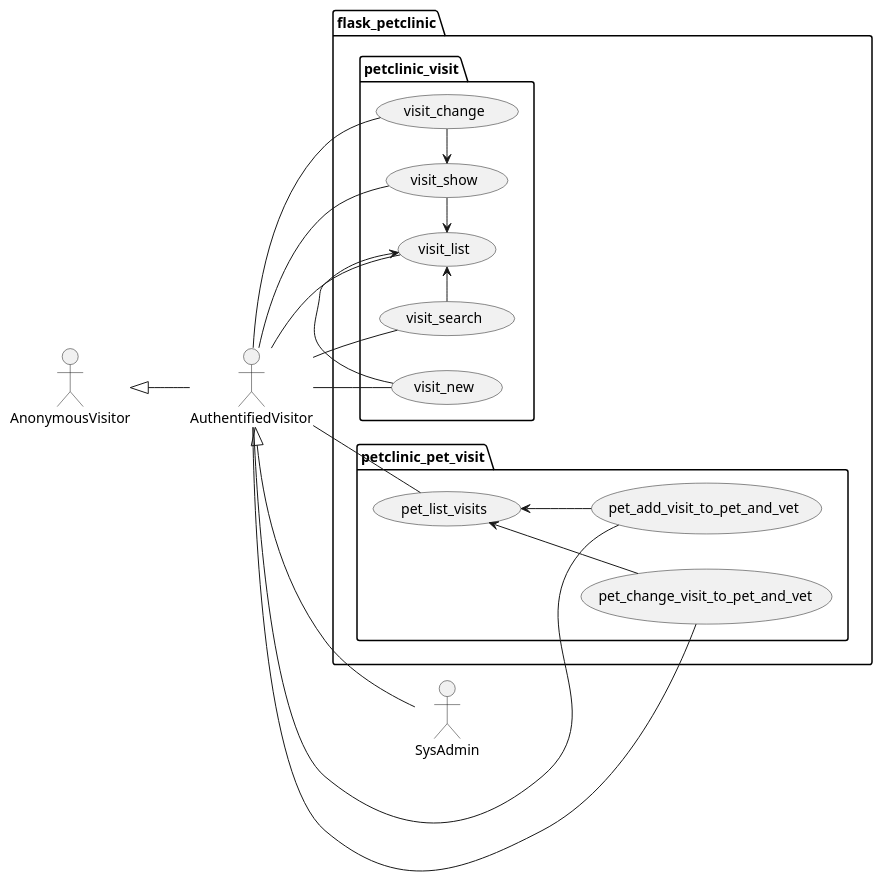
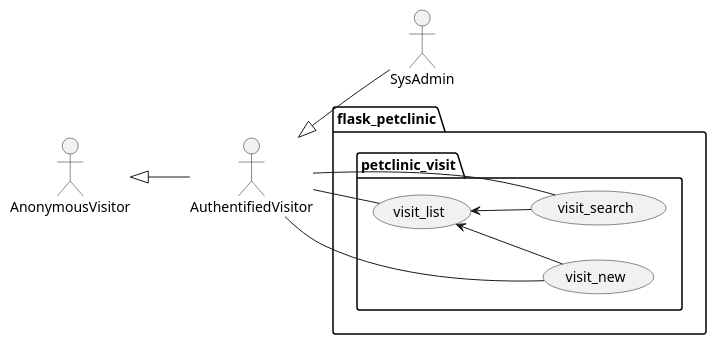
One commit to Jakarta-EE-Petclinic/petclinic_flask changed the diagram in project/petclinic_model/visit/visit.puml. Above: the diagram before and after it, drawn with PlantUML. The commit also changed 1 other file, not shown here.

```diff
--- a/project/petclinic_model/visit/visit.puml
+++ b/project/petclinic_model/visit/visit.puml
@@ -1,48 +1,28 @@
 @startuml
 left to right direction
 
 actor AnonymousVisitor as av
 actor AuthentifiedVisitor as au
 actor SysAdmin as sa
 
 av <|-- au
 au <|-- sa
 
 package flask_petclinic {
 
     package petclinic_visit {
 
         usecase visit_search as uc6000
         usecase visit_list as uc6001
         usecase visit_new as uc6002
-        usecase visit_show as uc6003
-        usecase visit_change as uc6004
-
-        uc6001 <- uc6000
-        uc6001 <- uc6002
-        uc6001 <- uc6003
-        uc6003 <- uc6004
 
         au -- uc6000
         au -- uc6001
         au -- uc6002
-        au -- uc6003
-        au -- uc6004
-    }
 
-    package petclinic_pet_visit {
-
-        usecase pet_list_visits as uc6020
-        usecase pet_add_visit_to_pet_and_vet as uc6021
-        usecase pet_change_visit_to_pet_and_vet as uc6022
-
-        uc6020 <-- uc6021
-        uc6020 <-- uc6022
-
-        au -- uc6020
-        au -- uc6021
-        au -- uc6022
+        uc6001 <-- uc6000
+        uc6001 <-- uc6002
     }
 
 }
 @enduml
```
